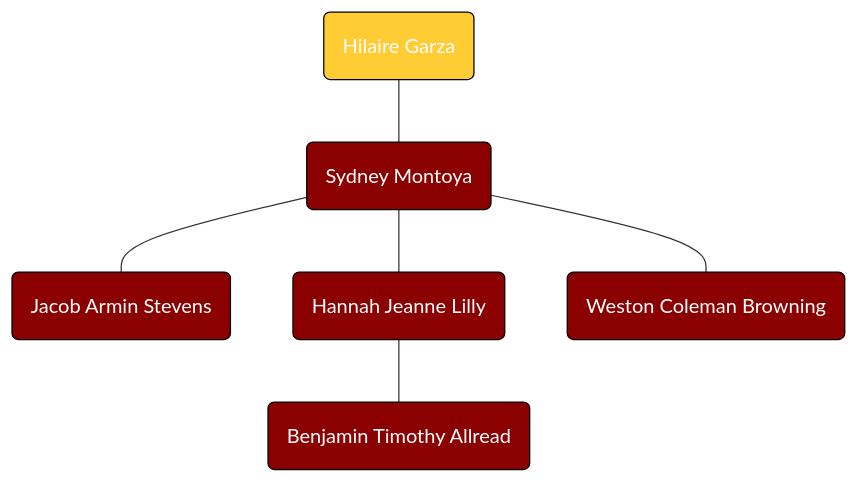
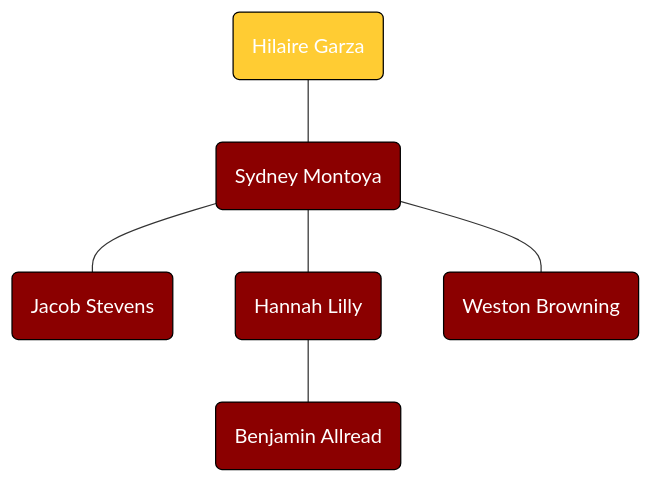
One commit to gianlezotte/familytree changed the diagram in Hilaire Garza’s Line.md. Above: the diagram before and after it, drawn with Mermaid. The commit also changed 19 other files, not shown here.

````diff
--- a/Hilaire Garza’s Line.md
+++ b/Hilaire Garza’s Line.md
@@ -1,16 +1,16 @@
 ```mermaid
 flowchart TD
 
 %% Colors %%
 
-classDef blue fill:#8B0000,stroke:#000,color:#FFF
-classDef green fill:#FFCC33,stroke:#000,color:#FFF
+classDef red fill:#8B0000,stroke:#000,color:#FFF
+classDef gold fill:#FFCC33,stroke:#000,color:#FFF
 
 %% Hilaire Garza's Line %%
-M232(Hilaire Garza):::green---M255
-M255(Sydney Montoya):::blue---M273 & M275 & M313
-M273(Jacob Armin Stevens):::blue
-M275(Hannah Jeanne Lilly):::blue---M308
-M308(Benjamin Timothy Allread):::blue
-M313(Weston Coleman Browning):::blue
+M232(Hilaire Garza):::gold---M255
+M255(Sydney Montoya):::red---M273 & M275 & M313
+M273(Jacob Stevens):::red
+M275(Hannah Lilly):::red---M308
+M308(Benjamin Allread):::red
+M313(Weston Browning):::red
 ```
````
